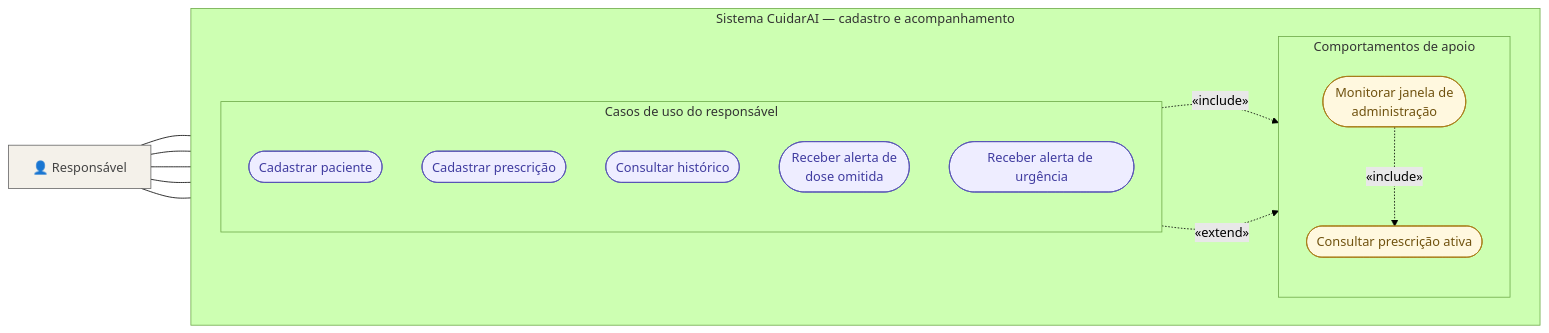
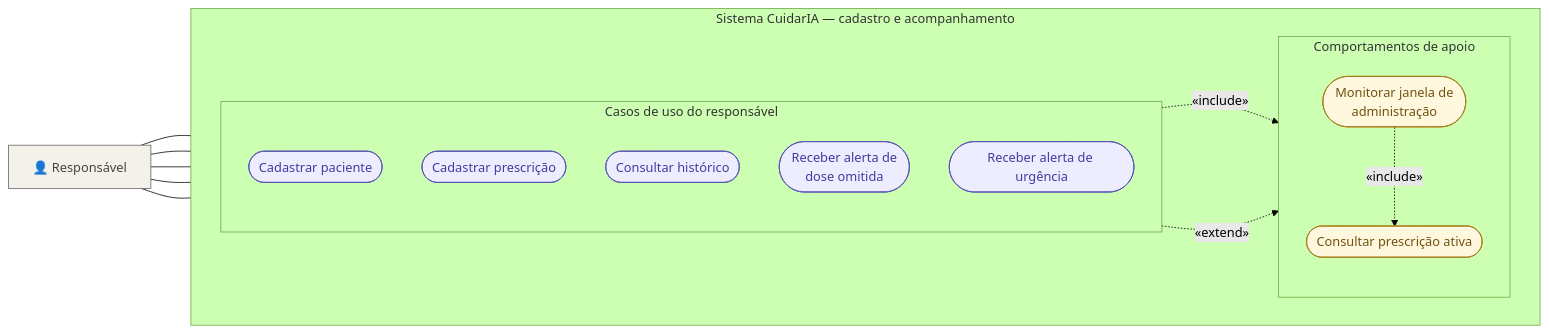
One commit to jaimejcs/CuidarAI changed diagram 25 of 26 in diagramas-mermaid.md. Above: the diagram before and after it, drawn with Mermaid (forest theme). The commit also changed other lines of this file and 12 other files, not shown here.

````diff
--- a/diagramas-mermaid.md
+++ b/diagramas-mermaid.md
@@ -673,37 +673,37 @@
 ```mermaid
 flowchart LR
     RESPONSAVEL["👤 Responsável"]
 
-    subgraph SISTEMA["Sistema CuidarAI — cadastro e acompanhamento"]
+    subgraph SISTEMA["Sistema CuidarIA — cadastro e acompanhamento"]
         direction LR
         subgraph PRINCIPAIS["Casos de uso do responsável"]
             direction TB
             UC_CAD_RES([Cadastrar paciente])
             UC_CAD_PRESC([Cadastrar prescrição])
             UC_HIST([Consultar histórico])
             UC_ALERTA_OMISSA([Receber alerta de<br/>dose omitida])
             UC_ALERTA_URG([Receber alerta de urgência])
         end
         subgraph APOIO_RESP["Comportamentos de apoio"]
             direction TB
             UC_MONITORAR([Monitorar janela de<br/>administração])
             UC_CONS_PRESC([Consultar prescrição ativa])
         end
     end
 
     RESPONSAVEL --- UC_CAD_RES
     RESPONSAVEL --- UC_CAD_PRESC
     RESPONSAVEL --- UC_HIST
     RESPONSAVEL --- UC_ALERTA_OMISSA
     RESPONSAVEL --- UC_ALERTA_URG
     UC_CAD_PRESC -. "«include»" .-> UC_CONS_PRESC
     UC_ALERTA_OMISSA -. "«extend»" .-> UC_MONITORAR
     UC_MONITORAR -. "«include»" .-> UC_CONS_PRESC
 
     classDef actor fill:#f4f1ea,stroke:#666,color:#444,stroke-width:1px;
     classDef management fill:#eeedff,stroke:#5651b5,color:#403ca0;
     classDef support fill:#fff8df,stroke:#a77a16,color:#70520f;
     class RESPONSAVEL actor;
     class UC_CAD_RES,UC_CAD_PRESC,UC_HIST,UC_ALERTA_OMISSA,UC_ALERTA_URG management;
     class UC_MONITORAR,UC_CONS_PRESC support;
 ```
````
